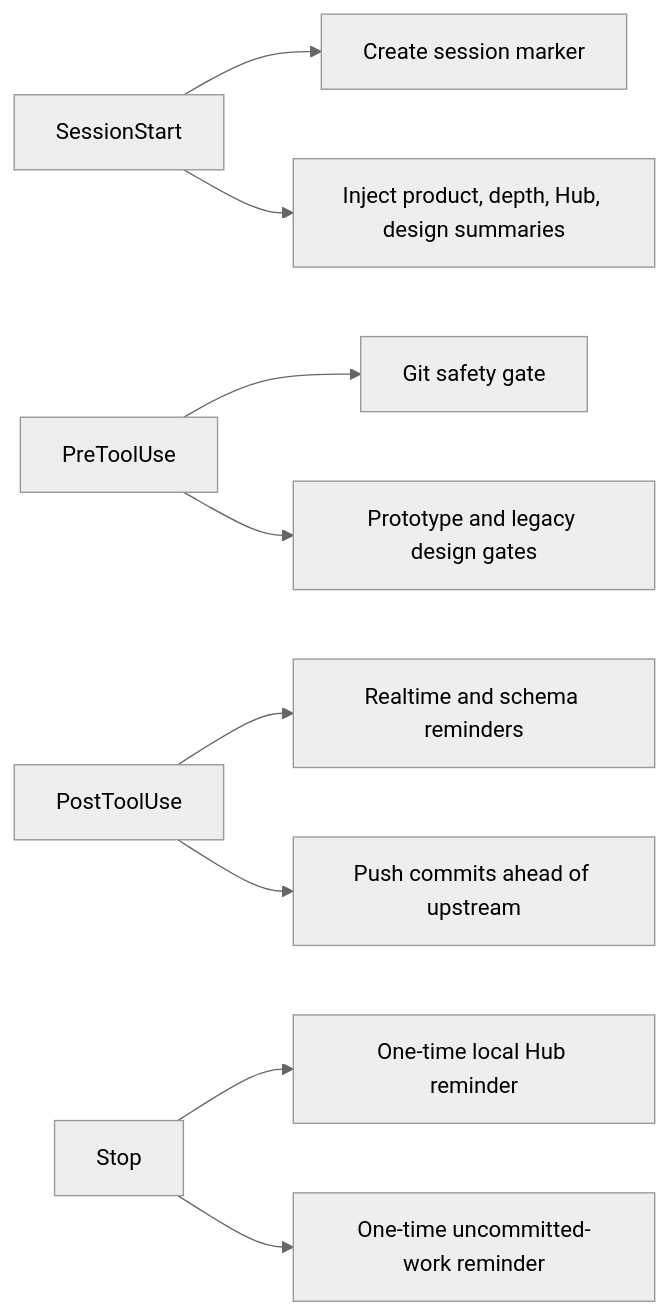
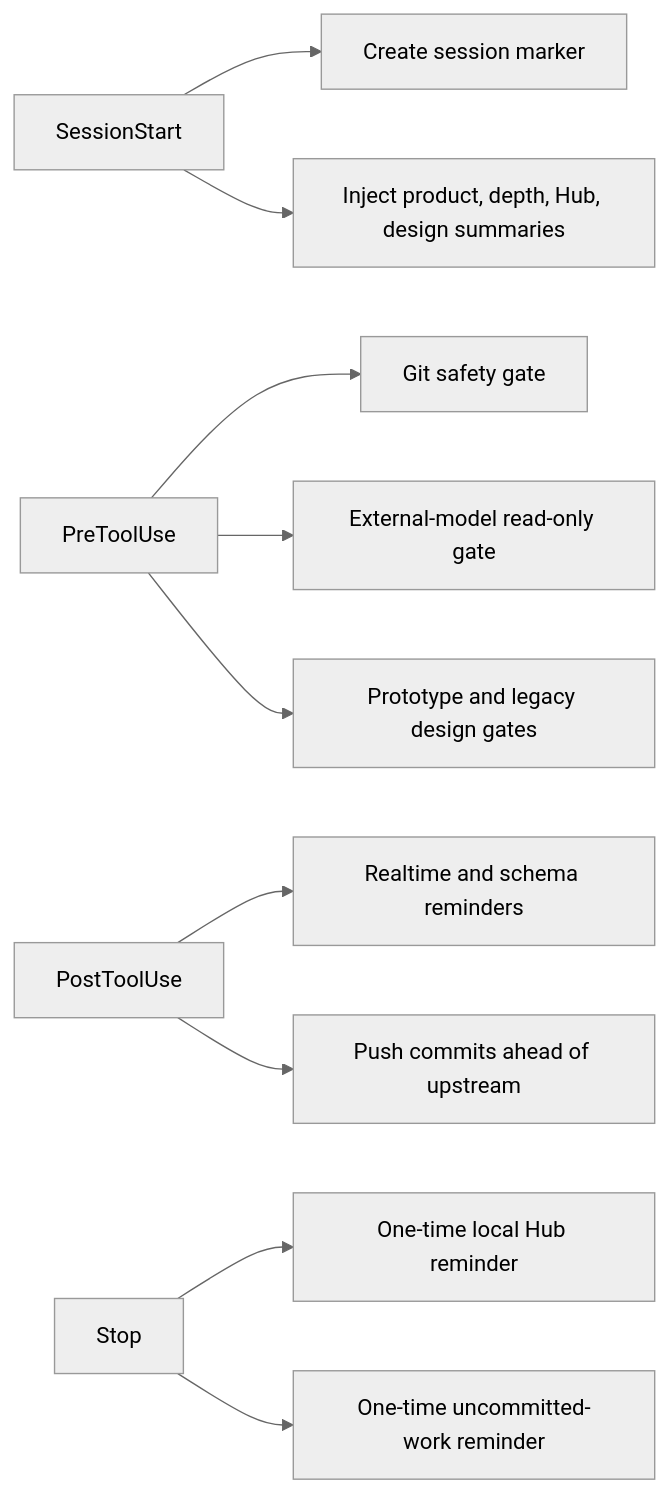
The diagram in openwiki/collaboration/session-automation.md (evenacadia-tech/Nakama), drawn with Mermaid (neutral theme) before and after one commit. The commit also changed other lines of this file and 19 other files, not shown here.

````diff
--- a/openwiki/collaboration/session-automation.md
+++ b/openwiki/collaboration/session-automation.md
@@ -53,11 +55,12 @@
 ```mermaid
 flowchart LR
     Start[SessionStart] --> Marker[Create session marker]
     Start --> Primers[Inject product, depth, Hub, design summaries]
     Pre[PreToolUse] --> GitGate[Git safety gate]
+    Pre --> ModelGate[External-model read-only gate]
     Pre --> Gates[Prototype and legacy design gates]
     Post[PostToolUse] --> Advice[Realtime and schema reminders]
     Post --> Push[Push commits ahead of upstream]
     Stop[Stop] --> HubNag[One-time local Hub reminder]
     Stop --> CommitNag[One-time uncommitted-work reminder]
 ```
````
